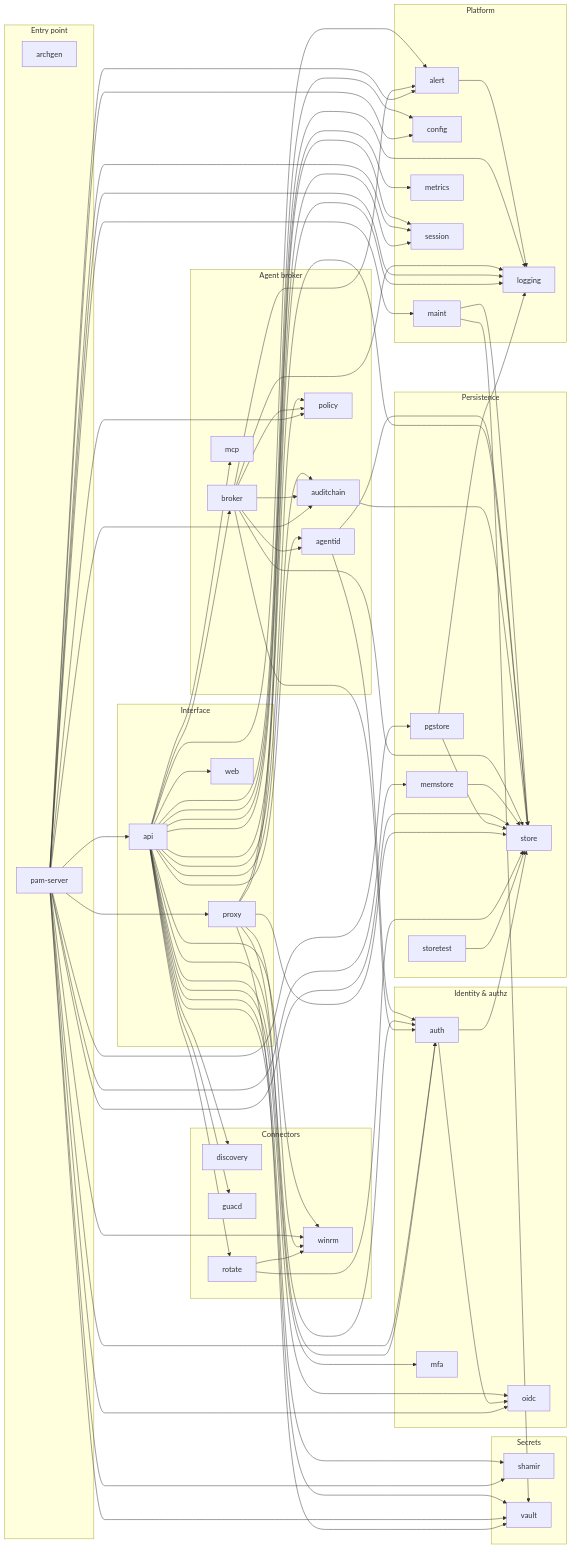
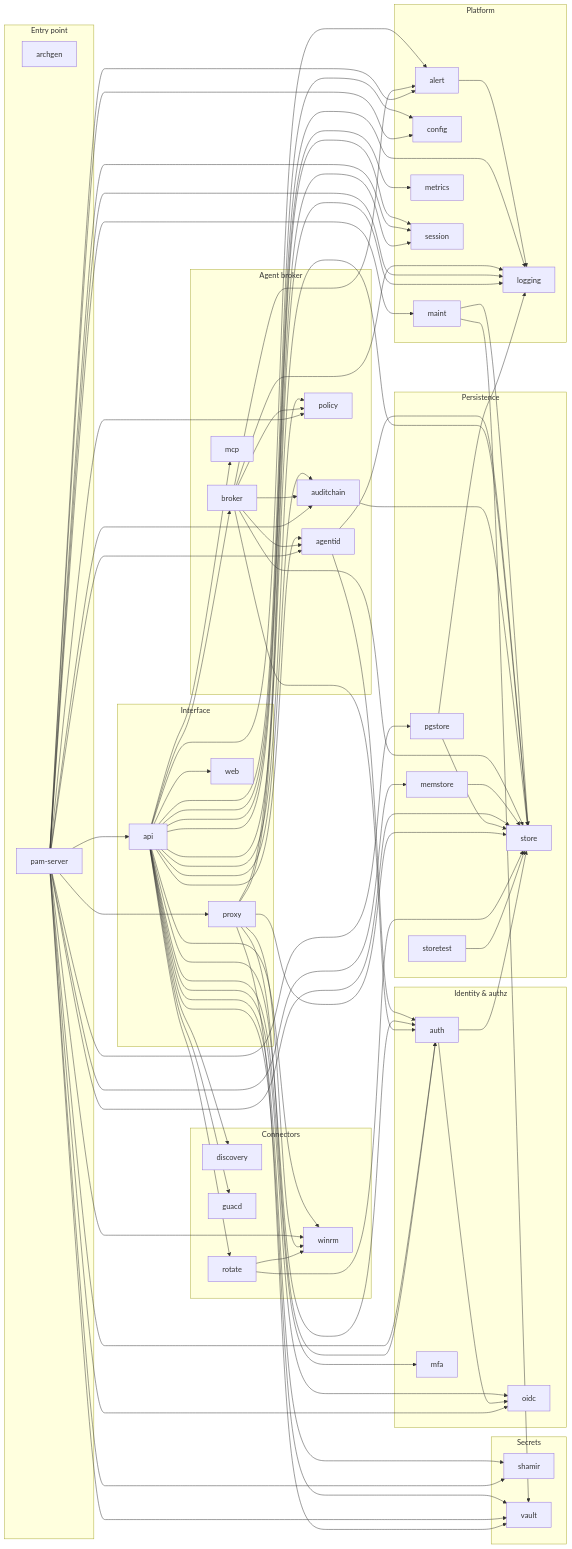
The first of 2 diagrams in docs/ARCHITECTURE-DIAGRAMS.md (morandeirachema/pamv1), drawn with Mermaid before and after one commit. The commit also changed 11 other files, not shown here.

```diff
--- a/docs/ARCHITECTURE-DIAGRAMS.md
+++ b/docs/ARCHITECTURE-DIAGRAMS.md
@@ -99,6 +99,7 @@
   n_maint --> n_store
   n_maint --> n_vault
   n_memstore --> n_store
+  n_pam_server --> n_agentid
   n_pam_server --> n_alert
   n_pam_server --> n_api
   n_pam_server --> n_auditchain
```
